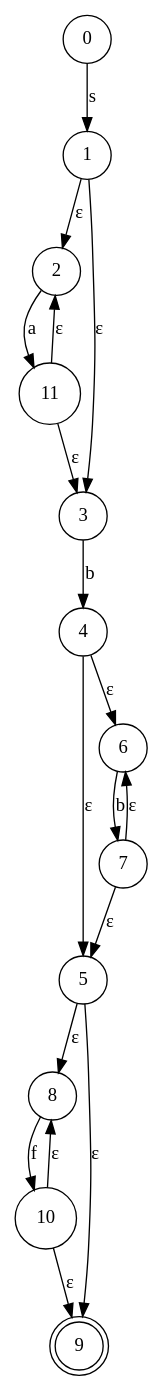
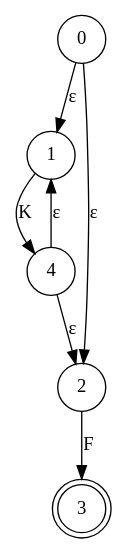
Before and after one commit to julia-bel/machine_learning_of_patterns: the diagram in visualization/NFA.gv, drawn with Graphviz. The commit also changed 21 other files, not shown here.

```diff
--- a/visualization/NFA.gv
+++ b/visualization/NFA.gv
@@ -1,31 +1,13 @@
 digraph {
 	0 [shape=circle]
-	0 -> 1 [label=s]
+	0 -> 1 [label="ε"]
+	0 -> 2 [label="ε"]
+	2 [shape=circle]
+	2 -> 3 [label=F]
+	3 [shape=doublecircle]
 	1 [shape=circle]
-	1 -> 2 [label="ε"]
-	1 -> 3 [label="ε"]
-	3 [shape=circle]
-	3 -> 4 [label=b]
+	1 -> 4 [label=K]
 	4 [shape=circle]
-	4 -> 5 [label="ε"]
-	4 -> 6 [label="ε"]
-	6 [shape=circle]
-	6 -> 7 [label=b]
-	7 [shape=circle]
-	7 -> 5 [label="ε"]
-	7 -> 6 [label="ε"]
-	5 [shape=circle]
-	5 -> 8 [label="ε"]
-	5 -> 9 [label="ε"]
-	9 [shape=doublecircle]
-	8 [shape=circle]
-	8 -> 10 [label=f]
-	10 [shape=circle]
-	10 -> 8 [label="ε"]
-	10 -> 9 [label="ε"]
-	2 [shape=circle]
-	2 -> 11 [label=a]
-	11 [shape=circle]
-	11 -> 2 [label="ε"]
-	11 -> 3 [label="ε"]
+	4 -> 1 [label="ε"]
+	4 -> 2 [label="ε"]
 }
```
